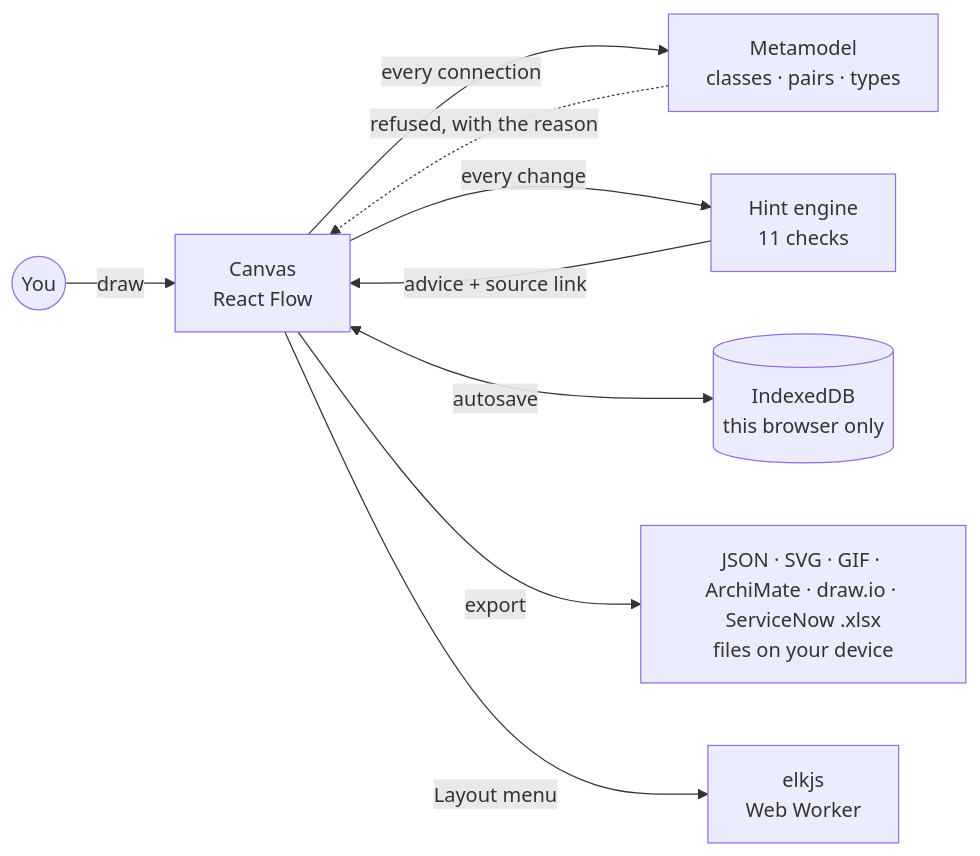
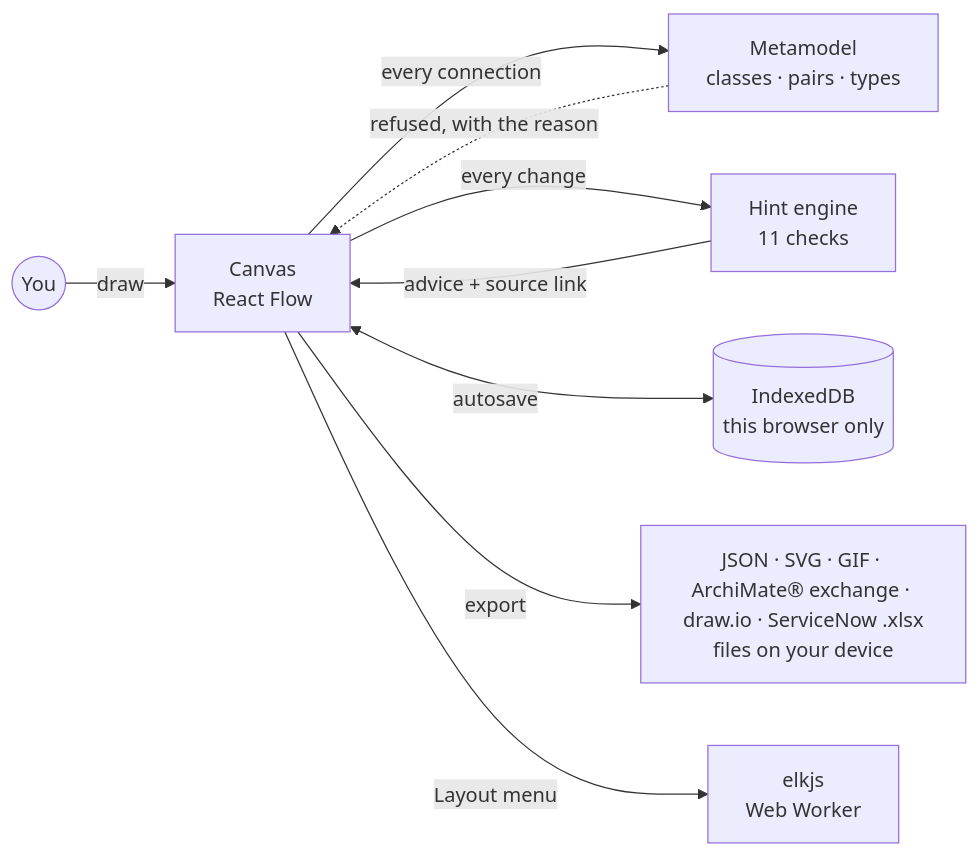
The diagram in README.md (solventarchitect/blueprint-modeler), drawn with Mermaid before and after one commit. The commit also changed other lines of this file and 26 other files, not shown here.

````diff
--- a/README.md
+++ b/README.md
@@ -81,11 +81,11 @@
 ```mermaid
 flowchart LR
   you(("You")) -->|draw| canvas["Canvas<br/>React Flow"]
   canvas -->|every connection| meta["Metamodel<br/>classes · pairs · types"]
   meta -.->|refused, with the reason| canvas
   canvas -->|every change| hints["Hint engine<br/>11 checks"]
   hints -->|advice + source link| canvas
   canvas <-->|autosave| idb[("IndexedDB<br/>this browser only")]
-  canvas -->|export| files["JSON · SVG · GIF · ArchiMate · draw.io · ServiceNow .xlsx<br/>files on your device"]
+  canvas -->|export| files["JSON · SVG · GIF · ArchiMate® exchange · draw.io · ServiceNow .xlsx<br/>files on your device"]
   canvas -->|Layout menu| worker["elkjs<br/>Web Worker"]
 ```
````
